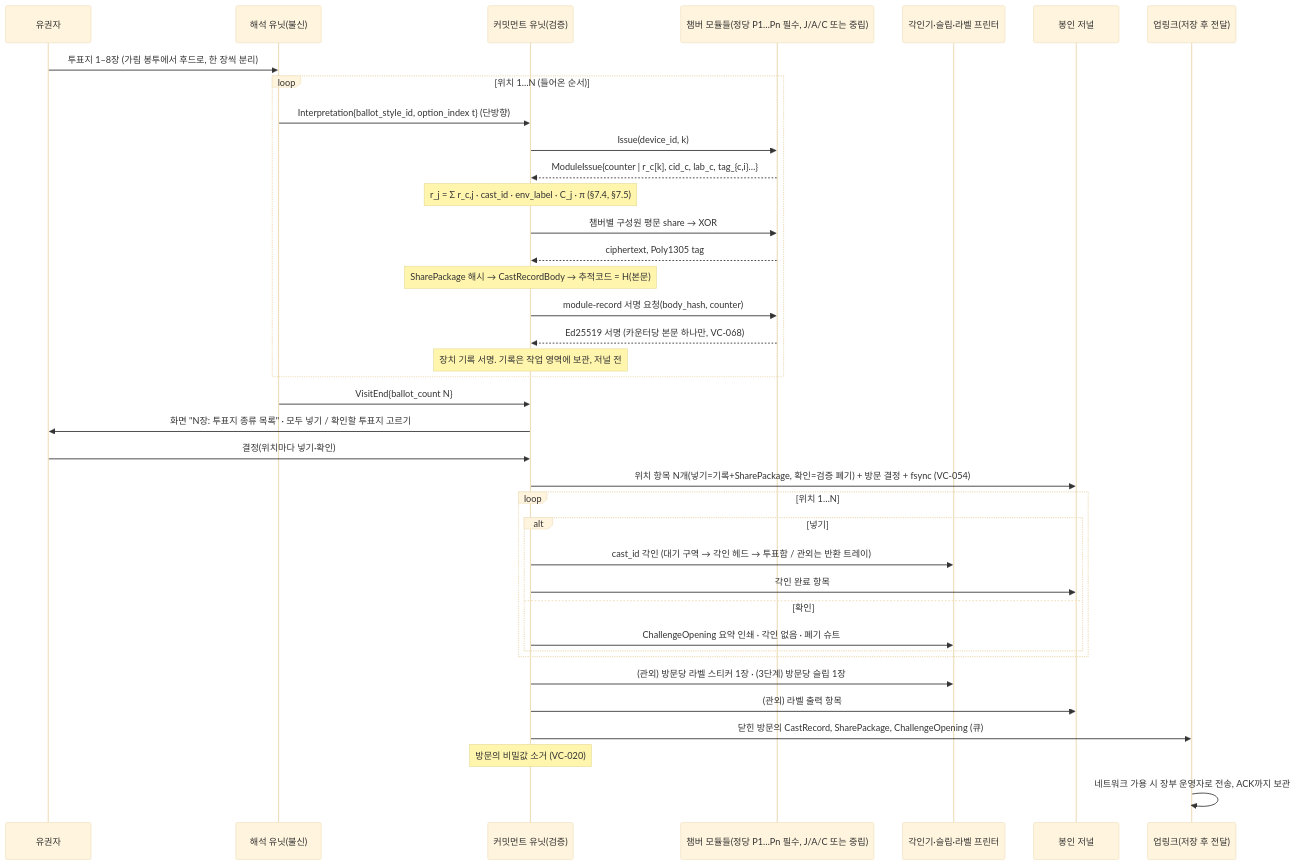
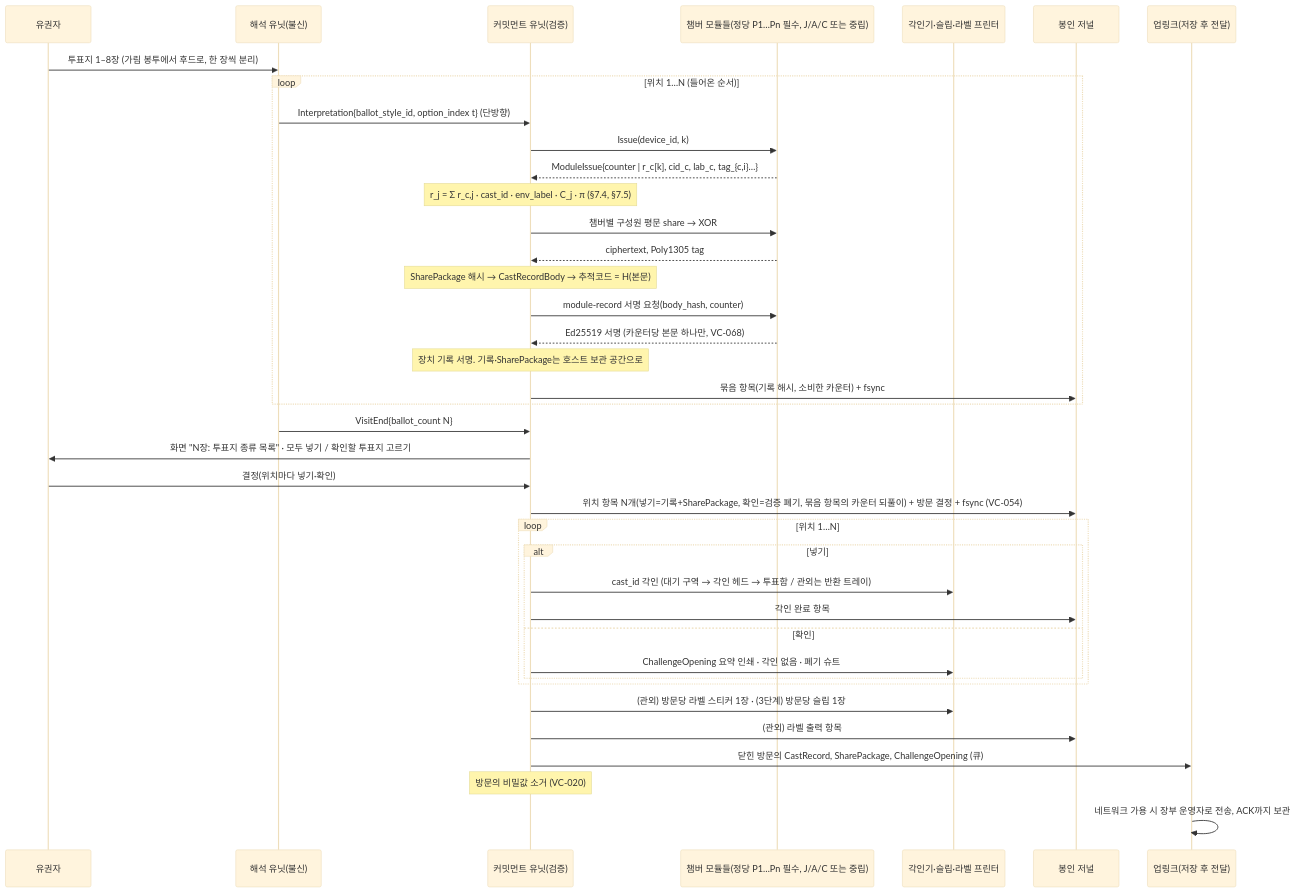
One commit to dudueul/ityv changed the first of 13 diagrams in docs/processing/PROCESSING_FLOWS.md. Above: the diagram before and after it, drawn with Mermaid (base theme). The commit also changed other lines of this file and 23 other files, not shown here.

````diff
--- a/docs/processing/PROCESSING_FLOWS.md
+++ b/docs/processing/PROCESSING_FLOWS.md
@@ -11,40 +11,41 @@
 ```mermaid
 sequenceDiagram
     participant V as 유권자
     participant I as 해석 유닛(불신)
     participant U as 커밋먼트 유닛(검증)
     participant M as 챔버 모듈들(정당 P1…Pn 필수, J/A/C 또는 중립)
     participant P as 각인기·슬립·라벨 프린터
     participant J as 봉인 저널
     participant L as 업링크(저장 후 전달)
     V->>I: 투표지 1–8장 (가림 봉투에서 후드로, 한 장씩 분리)
     loop 위치 1…N (들어온 순서)
         I->>U: Interpretation{ballot_style_id, option_index t} (단방향)
         U->>M: Issue(device_id, k)
         M-->>U: ModuleIssue{counter | r_c[k], cid_c, lab_c, tag_{c,i}…}
         Note over U: r_j = Σ r_c,j · cast_id · env_label · C_j · π (§7.4, §7.5)
         U->>M: 챔버별 구성원 평문 share → XOR
         M-->>U: ciphertext, Poly1305 tag
         Note over U: SharePackage 해시 → CastRecordBody → 추적코드 = H(본문)
         U->>M: module-record 서명 요청(body_hash, counter)
         M-->>U: Ed25519 서명 (카운터당 본문 하나만, VC-068)
-        Note over U: 장치 기록 서명. 기록은 작업 영역에 보관, 저널 전
+        Note over U: 장치 기록 서명. 기록·SharePackage는 호스트 보관 공간으로
+        U->>J: 묶음 항목(기록 해시, 소비한 카운터) + fsync
     end
     I->>U: VisitEnd{ballot_count N}
     U->>V: 화면 "N장: 투표지 종류 목록" · 모두 넣기 / 확인할 투표지 고르기
     V->>U: 결정(위치마다 넣기·확인)
-    U->>J: 위치 항목 N개(넣기=기록+SharePackage, 확인=검증 폐기) + 방문 결정 + fsync (VC-054)
+    U->>J: 위치 항목 N개(넣기=기록+SharePackage, 확인=검증 폐기, 묶음 항목의 카운터 되풀이) + 방문 결정 + fsync (VC-054)
     loop 위치 1…N
         alt 넣기
             U->>P: cast_id 각인 (대기 구역 → 각인 헤드 → 투표함 / 관외는 반환 트레이)
             U->>J: 각인 완료 항목
         else 확인
             U->>P: ChallengeOpening 요약 인쇄 · 각인 없음 · 폐기 슈트
         end
     end
     U->>P: (관외) 방문당 라벨 스티커 1장 · (3단계) 방문당 슬립 1장
     U->>J: (관외) 라벨 출력 항목
     U->>L: 닫힌 방문의 CastRecord, SharePackage, ChallengeOpening (큐)
     Note over U: 방문의 비밀값 소거 (VC-020)
     L->>L: 네트워크 가용 시 장부 운영자로 전송, ACK까지 보관
 ```
````
